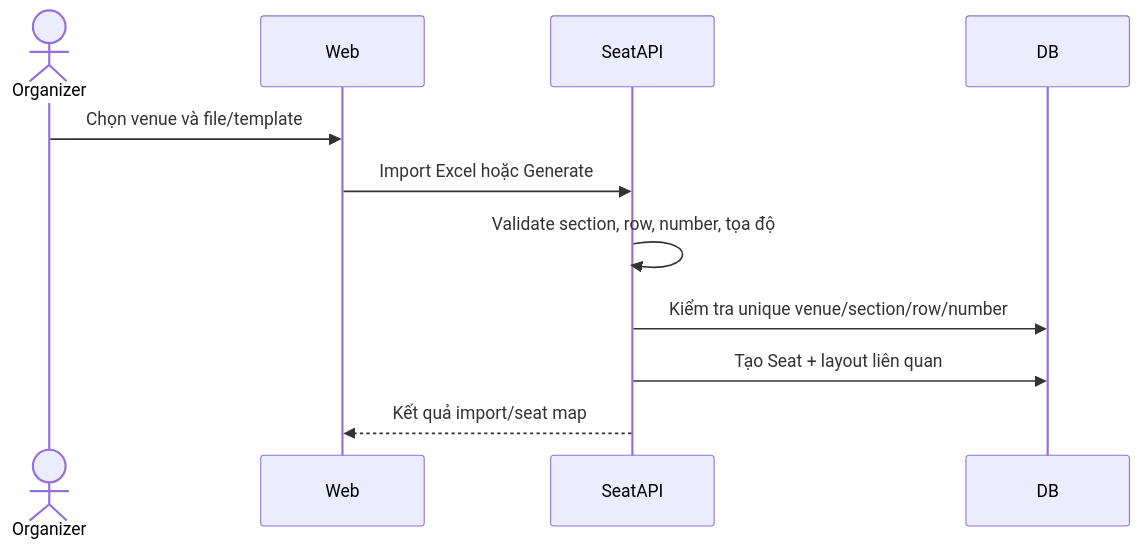
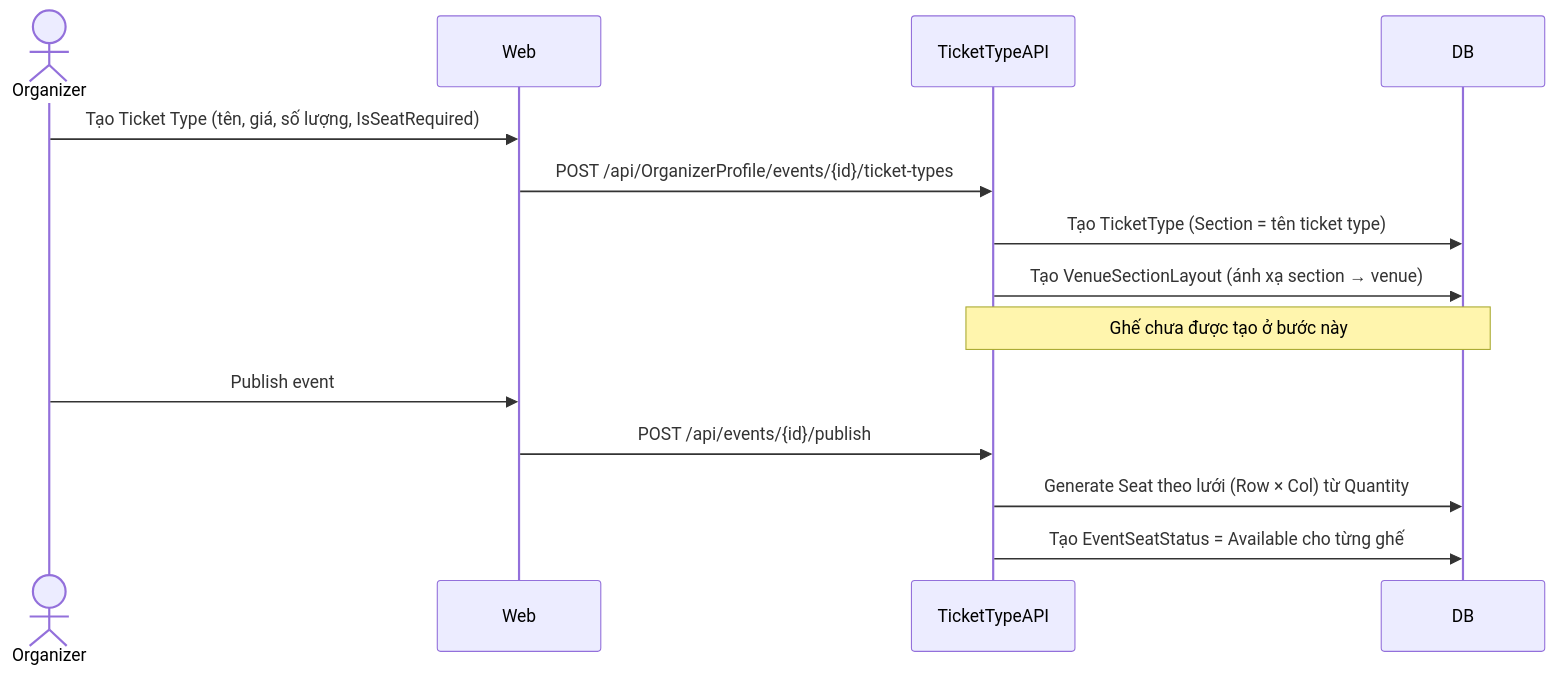
Before and after one commit to payyyyy326/eventix: the fifth of 15 diagrams in BACKEND/Eventix/docs/04-cac-luong-nghiep-vu.md, drawn with Mermaid. The commit also changed other lines of this file and 25 other files, not shown here.

````diff
--- a/BACKEND/Eventix/docs/04-cac-luong-nghiep-vu.md
+++ b/BACKEND/Eventix/docs/04-cac-luong-nghiep-vu.md
@@ -124,14 +122,17 @@
 ```mermaid
 sequenceDiagram
     actor Organizer
     participant Web
-    participant SeatAPI
+    participant TicketTypeAPI
     participant DB
 
-    Organizer->>Web: Chọn venue và file/template
-    Web->>SeatAPI: Import Excel hoặc Generate
-    SeatAPI->>SeatAPI: Validate section, row, number, tọa độ
-    SeatAPI->>DB: Kiểm tra unique venue/section/row/number
-    SeatAPI->>DB: Tạo Seat + layout liên quan
-    SeatAPI-->>Web: Kết quả import/seat map
+    Organizer->>Web: Tạo Ticket Type (tên, giá, số lượng, IsSeatRequired)
+    Web->>TicketTypeAPI: POST /api/OrganizerProfile/events/{id}/ticket-types
+    TicketTypeAPI->>DB: Tạo TicketType (Section = tên ticket type)
+    TicketTypeAPI->>DB: Tạo VenueSectionLayout (ánh xạ section → venue)
+    Note over TicketTypeAPI,DB: Ghế chưa được tạo ở bước này
+    Organizer->>Web: Publish event
+    Web->>TicketTypeAPI: POST /api/events/{id}/publish
+    TicketTypeAPI->>DB: Generate Seat theo lưới (Row × Col) từ Quantity
+    TicketTypeAPI->>DB: Tạo EventSeatStatus = Available cho từng ghế
 ```
````
